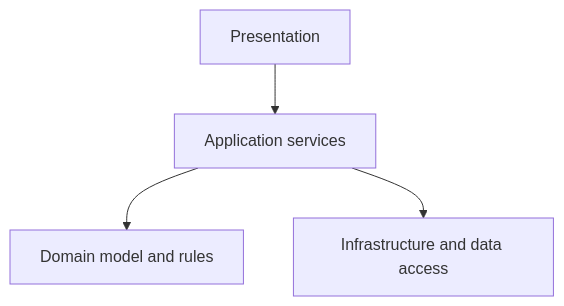
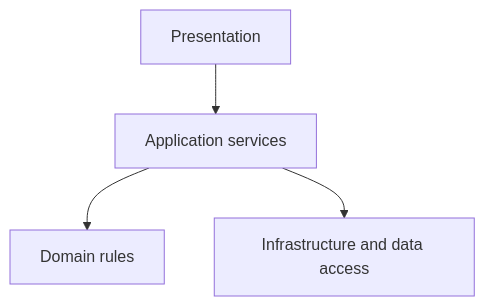
The diagram in docs/architectures/layered.md (Sandhiya0305/open-architecture-knowledge), drawn with Mermaid before and after one commit. The commit also changed other lines of this file and 19 other files, not shown here.

Commit message:
refactor: simplify architecture knowledge portal

````diff
--- a/docs/architectures/layered.md
+++ b/docs/architectures/layered.md
@@ -9,10 +15,10 @@
 ```mermaid
 flowchart TB
     UI[Presentation]
     APP[Application services]
-    DOMAIN[Domain model and rules]
+    DOMAIN[Domain rules]
     INFRA[Infrastructure and data access]
     UI --> APP
     APP --> DOMAIN
     APP --> INFRA
 ```
````
